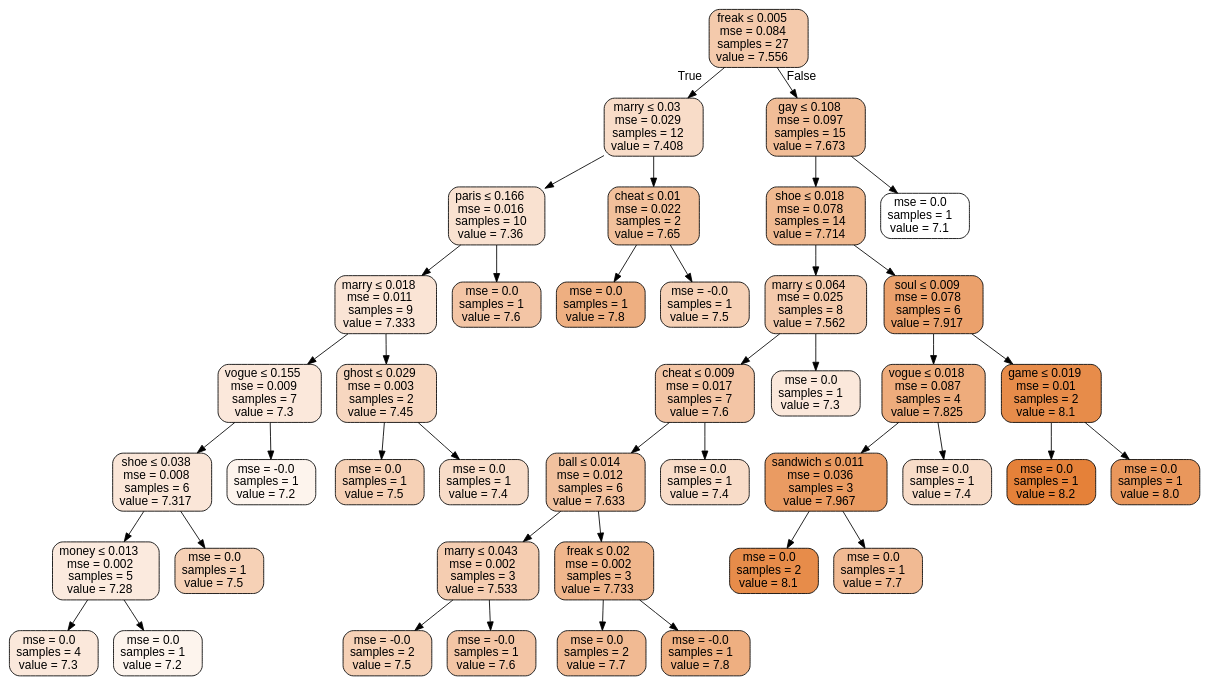
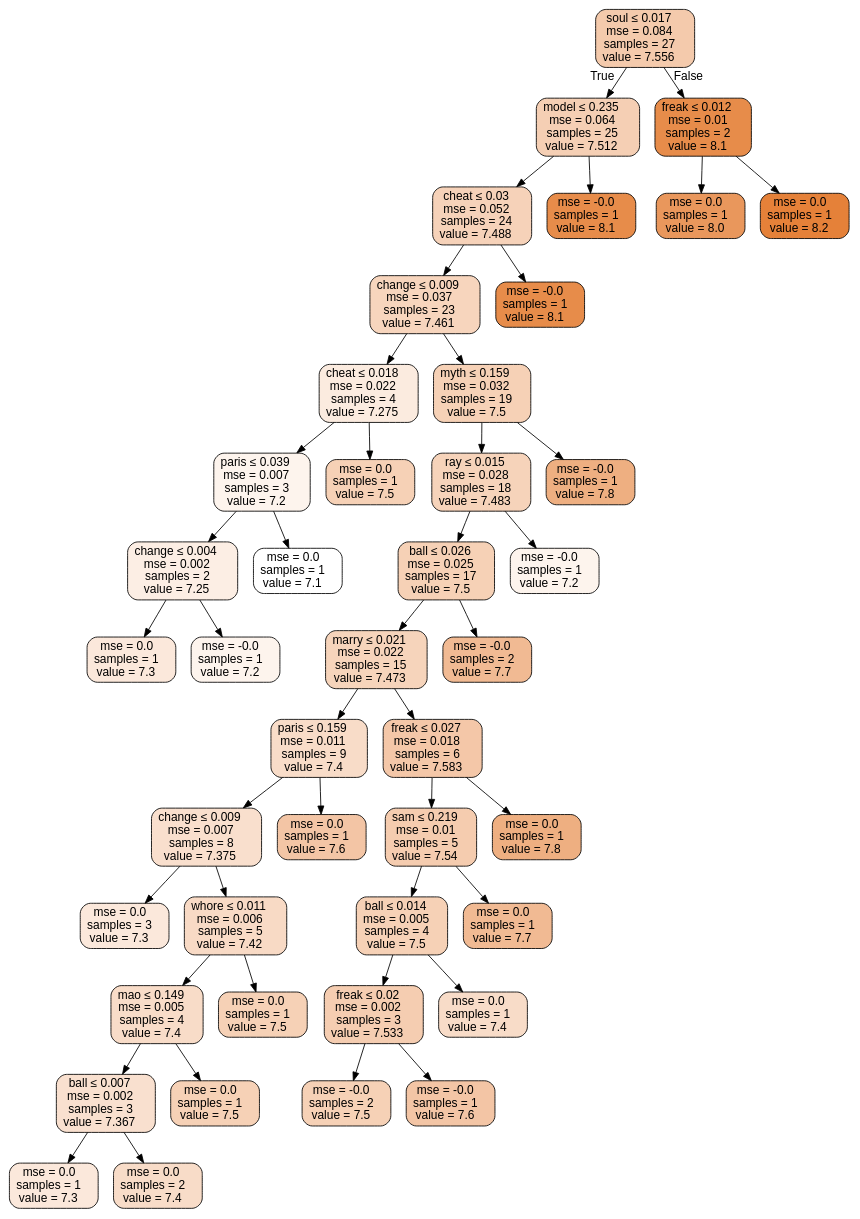
The diagram in boston_tree.dot (ranilovi/SATC_rating_prediction), drawn with Graphviz before and after one commit. The commit also changed 3 other files, not shown here.

```diff
--- a/boston_tree.dot
+++ b/boston_tree.dot
@@ -1,85 +1,89 @@
 digraph Tree {
 node [shape=box, style="filled, rounded", color="black", fontname=helvetica] ;
 edge [fontname=helvetica] ;
-0 [label=<freak &le; 0.005<br/>mse = 0.084<br/>samples = 27<br/>value = 7.556>, fillcolor="#e581396a"] ;
-1 [label=<marry &le; 0.03<br/>mse = 0.029<br/>samples = 12<br/>value = 7.408>, fillcolor="#e5813947"] ;
+0 [label=<soul &le; 0.017<br/>mse = 0.084<br/>samples = 27<br/>value = 7.556>, fillcolor="#e581396a"] ;
+1 [label=<model &le; 0.235<br/>mse = 0.064<br/>samples = 25<br/>value = 7.512>, fillcolor="#e5813960"] ;
 0 -> 1 [labeldistance=2.5, labelangle=45, headlabel="True"] ;
-2 [label=<paris &le; 0.166<br/>mse = 0.016<br/>samples = 10<br/>value = 7.36>, fillcolor="#e581393c"] ;
+2 [label=<cheat &le; 0.03<br/>mse = 0.052<br/>samples = 24<br/>value = 7.488>, fillcolor="#e581395a"] ;
 1 -> 2 ;
-3 [label=<marry &le; 0.018<br/>mse = 0.011<br/>samples = 9<br/>value = 7.333>, fillcolor="#e5813936"] ;
+3 [label=<change &le; 0.009<br/>mse = 0.037<br/>samples = 23<br/>value = 7.461>, fillcolor="#e5813954"] ;
 2 -> 3 ;
-4 [label=<vogue &le; 0.155<br/>mse = 0.009<br/>samples = 7<br/>value = 7.3>, fillcolor="#e581392e"] ;
+4 [label=<cheat &le; 0.018<br/>mse = 0.022<br/>samples = 4<br/>value = 7.275>, fillcolor="#e5813929"] ;
 3 -> 4 ;
-5 [label=<shoe &le; 0.038<br/>mse = 0.008<br/>samples = 6<br/>value = 7.317>, fillcolor="#e5813932"] ;
+5 [label=<paris &le; 0.039<br/>mse = 0.007<br/>samples = 3<br/>value = 7.2>, fillcolor="#e5813917"] ;
 4 -> 5 ;
-6 [label=<money &le; 0.013<br/>mse = 0.002<br/>samples = 5<br/>value = 7.28>, fillcolor="#e581392a"] ;
+6 [label=<change &le; 0.004<br/>mse = 0.002<br/>samples = 2<br/>value = 7.25>, fillcolor="#e5813923"] ;
 5 -> 6 ;
-7 [label=<mse = 0.0<br/>samples = 4<br/>value = 7.3>, fillcolor="#e581392e"] ;
+7 [label=<mse = 0.0<br/>samples = 1<br/>value = 7.3>, fillcolor="#e581392e"] ;
 6 -> 7 ;
-8 [label=<mse = 0.0<br/>samples = 1<br/>value = 7.2>, fillcolor="#e5813917"] ;
+8 [label=<mse = -0.0<br/>samples = 1<br/>value = 7.2>, fillcolor="#e5813917"] ;
 6 -> 8 ;
-9 [label=<mse = 0.0<br/>samples = 1<br/>value = 7.5>, fillcolor="#e581395d"] ;
+9 [label=<mse = 0.0<br/>samples = 1<br/>value = 7.1>, fillcolor="#e5813900"] ;
 5 -> 9 ;
-10 [label=<mse = -0.0<br/>samples = 1<br/>value = 7.2>, fillcolor="#e5813917"] ;
+10 [label=<mse = 0.0<br/>samples = 1<br/>value = 7.5>, fillcolor="#e581395d"] ;
 4 -> 10 ;
-11 [label=<ghost &le; 0.029<br/>mse = 0.003<br/>samples = 2<br/>value = 7.45>, fillcolor="#e5813951"] ;
+11 [label=<myth &le; 0.159<br/>mse = 0.032<br/>samples = 19<br/>value = 7.5>, fillcolor="#e581395d"] ;
 3 -> 11 ;
-12 [label=<mse = 0.0<br/>samples = 1<br/>value = 7.5>, fillcolor="#e581395d"] ;
+12 [label=<ray &le; 0.015<br/>mse = 0.028<br/>samples = 18<br/>value = 7.483>, fillcolor="#e5813959"] ;
 11 -> 12 ;
-13 [label=<mse = 0.0<br/>samples = 1<br/>value = 7.4>, fillcolor="#e5813946"] ;
-11 -> 13 ;
-14 [label=<mse = 0.0<br/>samples = 1<br/>value = 7.6>, fillcolor="#e5813974"] ;
-2 -> 14 ;
-15 [label=<cheat &le; 0.01<br/>mse = 0.022<br/>samples = 2<br/>value = 7.65>, fillcolor="#e5813980"] ;
-1 -> 15 ;
-16 [label=<mse = 0.0<br/>samples = 1<br/>value = 7.8>, fillcolor="#e58139a2"] ;
+13 [label=<ball &le; 0.026<br/>mse = 0.025<br/>samples = 17<br/>value = 7.5>, fillcolor="#e581395d"] ;
+12 -> 13 ;
+14 [label=<marry &le; 0.021<br/>mse = 0.022<br/>samples = 15<br/>value = 7.473>, fillcolor="#e5813957"] ;
+13 -> 14 ;
+15 [label=<paris &le; 0.159<br/>mse = 0.011<br/>samples = 9<br/>value = 7.4>, fillcolor="#e5813946"] ;
+14 -> 15 ;
+16 [label=<change &le; 0.009<br/>mse = 0.007<br/>samples = 8<br/>value = 7.375>, fillcolor="#e5813940"] ;
 15 -> 16 ;
-17 [label=<mse = -0.0<br/>samples = 1<br/>value = 7.5>, fillcolor="#e581395d"] ;
-15 -> 17 ;
-18 [label=<gay &le; 0.108<br/>mse = 0.097<br/>samples = 15<br/>value = 7.673>, fillcolor="#e5813985"] ;
-0 -> 18 [labeldistance=2.5, labelangle=-45, headlabel="False"] ;
-19 [label=<shoe &le; 0.018<br/>mse = 0.078<br/>samples = 14<br/>value = 7.714>, fillcolor="#e581398e"] ;
+17 [label=<mse = 0.0<br/>samples = 3<br/>value = 7.3>, fillcolor="#e581392e"] ;
+16 -> 17 ;
+18 [label=<whore &le; 0.011<br/>mse = 0.006<br/>samples = 5<br/>value = 7.42>, fillcolor="#e581394a"] ;
+16 -> 18 ;
+19 [label=<mao &le; 0.149<br/>mse = 0.005<br/>samples = 4<br/>value = 7.4>, fillcolor="#e5813946"] ;
 18 -> 19 ;
-20 [label=<marry &le; 0.064<br/>mse = 0.025<br/>samples = 8<br/>value = 7.562>, fillcolor="#e581396b"] ;
+20 [label=<ball &le; 0.007<br/>mse = 0.002<br/>samples = 3<br/>value = 7.367>, fillcolor="#e581393e"] ;
 19 -> 20 ;
-21 [label=<cheat &le; 0.009<br/>mse = 0.017<br/>samples = 7<br/>value = 7.6>, fillcolor="#e5813974"] ;
+21 [label=<mse = 0.0<br/>samples = 1<br/>value = 7.3>, fillcolor="#e581392e"] ;
 20 -> 21 ;
-22 [label=<ball &le; 0.014<br/>mse = 0.012<br/>samples = 6<br/>value = 7.633>, fillcolor="#e581397c"] ;
-21 -> 22 ;
-23 [label=<marry &le; 0.043<br/>mse = 0.002<br/>samples = 3<br/>value = 7.533>, fillcolor="#e5813964"] ;
-22 -> 23 ;
-24 [label=<mse = -0.0<br/>samples = 2<br/>value = 7.5>, fillcolor="#e581395d"] ;
-23 -> 24 ;
-25 [label=<mse = -0.0<br/>samples = 1<br/>value = 7.6>, fillcolor="#e5813974"] ;
-23 -> 25 ;
-26 [label=<freak &le; 0.02<br/>mse = 0.002<br/>samples = 3<br/>value = 7.733>, fillcolor="#e5813993"] ;
-22 -> 26 ;
-27 [label=<mse = 0.0<br/>samples = 2<br/>value = 7.7>, fillcolor="#e581398b"] ;
+22 [label=<mse = 0.0<br/>samples = 2<br/>value = 7.4>, fillcolor="#e5813946"] ;
+20 -> 22 ;
+23 [label=<mse = 0.0<br/>samples = 1<br/>value = 7.5>, fillcolor="#e581395d"] ;
+19 -> 23 ;
+24 [label=<mse = 0.0<br/>samples = 1<br/>value = 7.5>, fillcolor="#e581395d"] ;
+18 -> 24 ;
+25 [label=<mse = 0.0<br/>samples = 1<br/>value = 7.6>, fillcolor="#e5813974"] ;
+15 -> 25 ;
+26 [label=<freak &le; 0.027<br/>mse = 0.018<br/>samples = 6<br/>value = 7.583>, fillcolor="#e5813970"] ;
+14 -> 26 ;
+27 [label=<sam &le; 0.219<br/>mse = 0.01<br/>samples = 5<br/>value = 7.54>, fillcolor="#e5813966"] ;
 26 -> 27 ;
-28 [label=<mse = -0.0<br/>samples = 1<br/>value = 7.8>, fillcolor="#e58139a2"] ;
-26 -> 28 ;
-29 [label=<mse = 0.0<br/>samples = 1<br/>value = 7.4>, fillcolor="#e5813946"] ;
-21 -> 29 ;
-30 [label=<mse = 0.0<br/>samples = 1<br/>value = 7.3>, fillcolor="#e581392e"] ;
-20 -> 30 ;
-31 [label=<soul &le; 0.009<br/>mse = 0.078<br/>samples = 6<br/>value = 7.917>, fillcolor="#e58139bd"] ;
-19 -> 31 ;
-32 [label=<vogue &le; 0.018<br/>mse = 0.087<br/>samples = 4<br/>value = 7.825>, fillcolor="#e58139a8"] ;
-31 -> 32 ;
-33 [label=<sandwich &le; 0.011<br/>mse = 0.036<br/>samples = 3<br/>value = 7.967>, fillcolor="#e58139c9"] ;
-32 -> 33 ;
-34 [label=<mse = 0.0<br/>samples = 2<br/>value = 8.1>, fillcolor="#e58139e8"] ;
-33 -> 34 ;
-35 [label=<mse = 0.0<br/>samples = 1<br/>value = 7.7>, fillcolor="#e581398b"] ;
-33 -> 35 ;
-36 [label=<mse = 0.0<br/>samples = 1<br/>value = 7.4>, fillcolor="#e5813946"] ;
-32 -> 36 ;
-37 [label=<game &le; 0.019<br/>mse = 0.01<br/>samples = 2<br/>value = 8.1>, fillcolor="#e58139e8"] ;
-31 -> 37 ;
-38 [label=<mse = 0.0<br/>samples = 1<br/>value = 8.2>, fillcolor="#e58139ff"] ;
-37 -> 38 ;
-39 [label=<mse = 0.0<br/>samples = 1<br/>value = 8.0>, fillcolor="#e58139d1"] ;
-37 -> 39 ;
-40 [label=<mse = 0.0<br/>samples = 1<br/>value = 7.1>, fillcolor="#e5813900"] ;
-18 -> 40 ;
+28 [label=<ball &le; 0.014<br/>mse = 0.005<br/>samples = 4<br/>value = 7.5>, fillcolor="#e581395d"] ;
+27 -> 28 ;
+29 [label=<freak &le; 0.02<br/>mse = 0.002<br/>samples = 3<br/>value = 7.533>, fillcolor="#e5813964"] ;
+28 -> 29 ;
+30 [label=<mse = -0.0<br/>samples = 2<br/>value = 7.5>, fillcolor="#e581395d"] ;
+29 -> 30 ;
+31 [label=<mse = -0.0<br/>samples = 1<br/>value = 7.6>, fillcolor="#e5813974"] ;
+29 -> 31 ;
+32 [label=<mse = 0.0<br/>samples = 1<br/>value = 7.4>, fillcolor="#e5813946"] ;
+28 -> 32 ;
+33 [label=<mse = 0.0<br/>samples = 1<br/>value = 7.7>, fillcolor="#e581398b"] ;
+27 -> 33 ;
+34 [label=<mse = 0.0<br/>samples = 1<br/>value = 7.8>, fillcolor="#e58139a2"] ;
+26 -> 34 ;
+35 [label=<mse = -0.0<br/>samples = 2<br/>value = 7.7>, fillcolor="#e581398b"] ;
+13 -> 35 ;
+36 [label=<mse = -0.0<br/>samples = 1<br/>value = 7.2>, fillcolor="#e5813917"] ;
+12 -> 36 ;
+37 [label=<mse = -0.0<br/>samples = 1<br/>value = 7.8>, fillcolor="#e58139a2"] ;
+11 -> 37 ;
+38 [label=<mse = -0.0<br/>samples = 1<br/>value = 8.1>, fillcolor="#e58139e8"] ;
+2 -> 38 ;
+39 [label=<mse = -0.0<br/>samples = 1<br/>value = 8.1>, fillcolor="#e58139e8"] ;
+1 -> 39 ;
+40 [label=<freak &le; 0.012<br/>mse = 0.01<br/>samples = 2<br/>value = 8.1>, fillcolor="#e58139e8"] ;
+0 -> 40 [labeldistance=2.5, labelangle=-45, headlabel="False"] ;
+41 [label=<mse = 0.0<br/>samples = 1<br/>value = 8.0>, fillcolor="#e58139d1"] ;
+40 -> 41 ;
+42 [label=<mse = 0.0<br/>samples = 1<br/>value = 8.2>, fillcolor="#e58139ff"] ;
+40 -> 42 ;
 }
```
